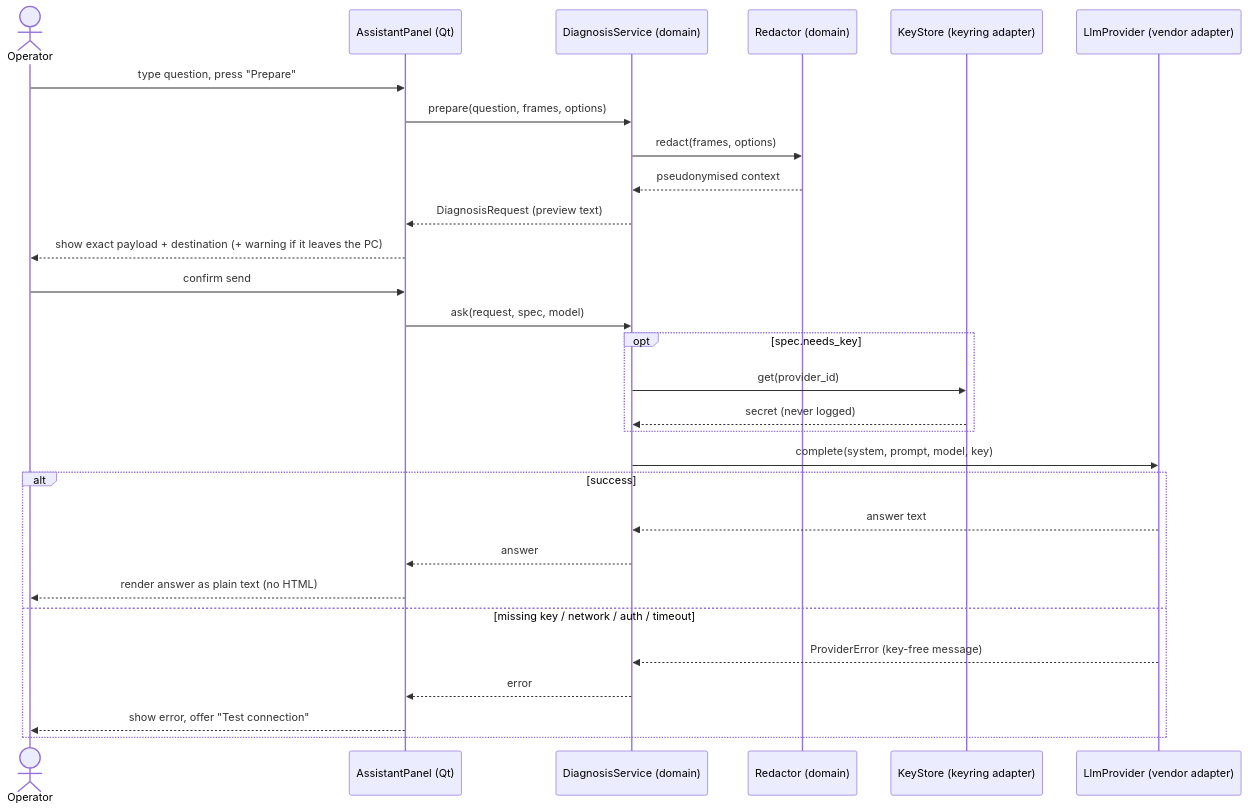
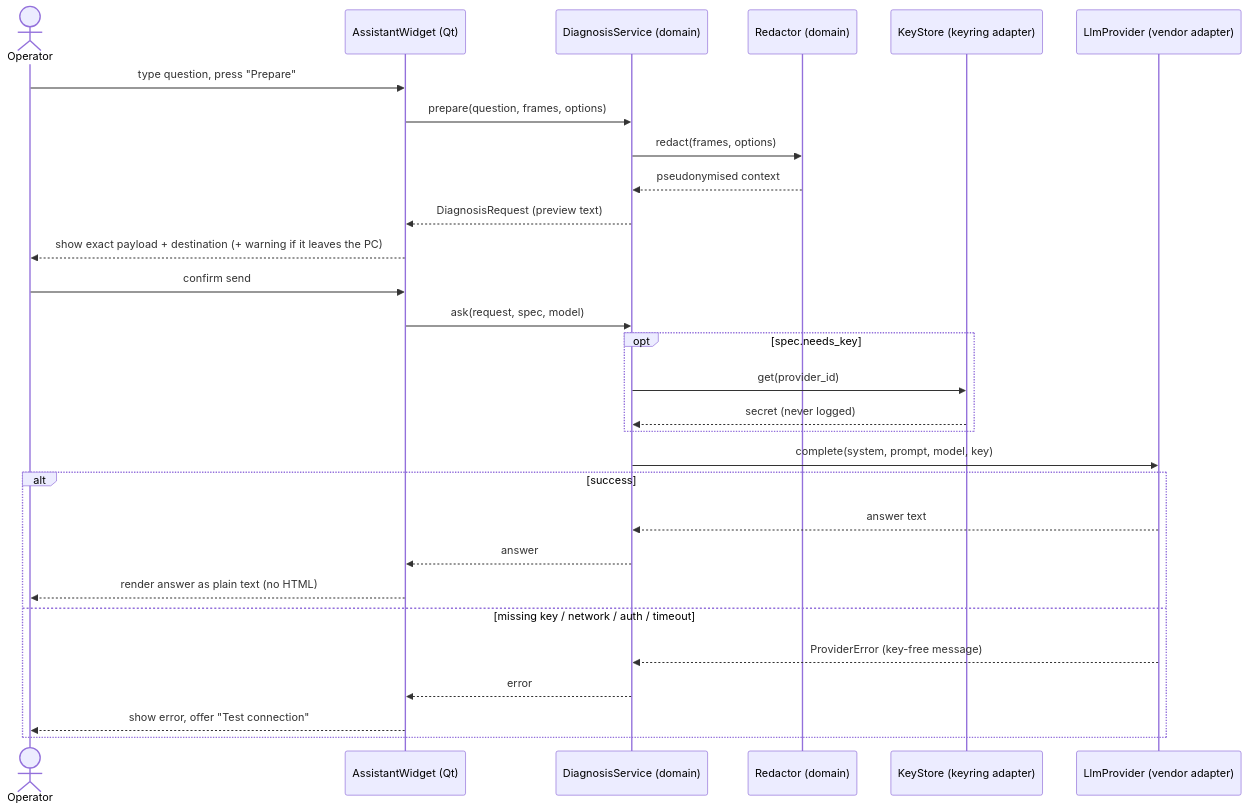
One commit to benoit-bremaud/busscope changed the diagram in docs/architecture/diagrams/ai-assistant/02-sequence.md. Above: the diagram before and after it, drawn with Mermaid. The commit also changed 7 other files, not shown here.

````diff
--- a/docs/architecture/diagrams/ai-assistant/02-sequence.md
+++ b/docs/architecture/diagrams/ai-assistant/02-sequence.md
@@ -3,32 +3,32 @@
 ```mermaid
 sequenceDiagram
     actor Op as Operator
-    participant UI as AssistantPanel (Qt)
+    participant UI as AssistantWidget (Qt)
     participant Svc as DiagnosisService (domain)
     participant Red as Redactor (domain)
     participant Keys as KeyStore (keyring adapter)
     participant Prov as LlmProvider (vendor adapter)
 
     Op->>UI: type question, press "Prepare"
     UI->>Svc: prepare(question, frames, options)
     Svc->>Red: redact(frames, options)
     Red-->>Svc: pseudonymised context
     Svc-->>UI: DiagnosisRequest (preview text)
     UI-->>Op: show exact payload + destination (+ warning if it leaves the PC)
     Op->>UI: confirm send
     UI->>Svc: ask(request, spec, model)
     opt spec.needs_key
         Svc->>Keys: get(provider_id)
         Keys-->>Svc: secret (never logged)
     end
     Svc->>Prov: complete(system, prompt, model, key)
     alt success
         Prov-->>Svc: answer text
         Svc-->>UI: answer
         UI-->>Op: render answer as plain text (no HTML)
     else missing key / network / auth / timeout
         Prov-->>Svc: ProviderError (key-free message)
         Svc-->>UI: error
         UI-->>Op: show error, offer "Test connection"
     end
 ```
````
